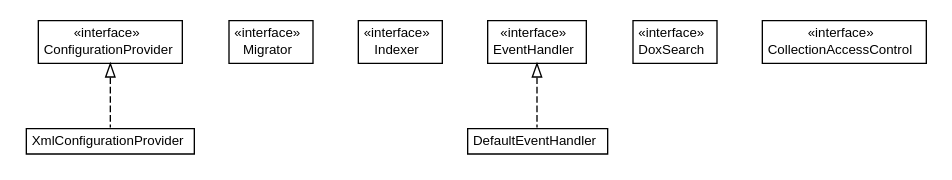
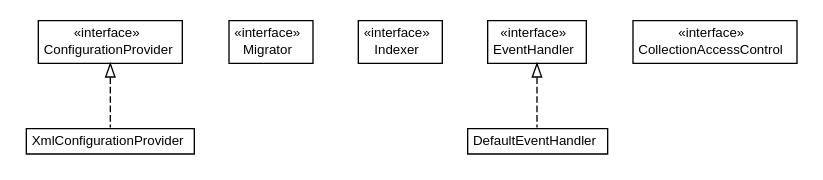
Before and after one commit to trajano/doxdb: the diagram in doxdb-core/apidocs/net/trajano/doxdb/ext/net.trajano.doxdb.ext.dot, drawn with Graphviz. The commit also changed 146 other files, not shown here.

```diff
--- a/doxdb-core/apidocs/net/trajano/doxdb/ext/net.trajano.doxdb.ext.dot
+++ b/doxdb-core/apidocs/net/trajano/doxdb/ext/net.trajano.doxdb.ext.dot
@@ -1,70 +1,63 @@
 #!/usr/local/bin/dot
 #
 # Class diagram 
 # Generated by UMLGraph version R5_6-24-gf6e263 (http://www.umlgraph.org/)
 #
 
 digraph G {
 	edge [fontname="arial",fontsize=10,labelfontname="arial",labelfontsize=10];
 	node [fontname="arial",fontsize=10,shape=plaintext];
 	nodesep=0.25;
 	ranksep=0.5;
 	// net.trajano.doxdb.ext.XmlConfigurationProvider
-	c26 [label=<<table title="net.trajano.doxdb.ext.XmlConfigurationProvider" border="0" cellborder="1" cellspacing="0" cellpadding="2" port="p" href="./XmlConfigurationProvider.html">
+	c25 [label=<<table title="net.trajano.doxdb.ext.XmlConfigurationProvider" border="0" cellborder="1" cellspacing="0" cellpadding="2" port="p" href="./XmlConfigurationProvider.html">
 		<tr><td><table border="0" cellspacing="0" cellpadding="1">
 <tr><td align="center" balign="center"> XmlConfigurationProvider </td></tr>
 		</table></td></tr>
 		</table>>, URL="./XmlConfigurationProvider.html", fontname="arial", fontcolor="black", fontsize=10.0];
 	// net.trajano.doxdb.ext.Migrator
-	c27 [label=<<table title="net.trajano.doxdb.ext.Migrator" border="0" cellborder="1" cellspacing="0" cellpadding="2" port="p" href="./Migrator.html">
+	c26 [label=<<table title="net.trajano.doxdb.ext.Migrator" border="0" cellborder="1" cellspacing="0" cellpadding="2" port="p" href="./Migrator.html">
 		<tr><td><table border="0" cellspacing="0" cellpadding="1">
 <tr><td align="center" balign="center"> &#171;interface&#187; </td></tr>
 <tr><td align="center" balign="center"> Migrator </td></tr>
 		</table></td></tr>
 		</table>>, URL="./Migrator.html", fontname="arial", fontcolor="black", fontsize=10.0];
 	// net.trajano.doxdb.ext.Indexer
-	c28 [label=<<table title="net.trajano.doxdb.ext.Indexer" border="0" cellborder="1" cellspacing="0" cellpadding="2" port="p" href="./Indexer.html">
+	c27 [label=<<table title="net.trajano.doxdb.ext.Indexer" border="0" cellborder="1" cellspacing="0" cellpadding="2" port="p" href="./Indexer.html">
 		<tr><td><table border="0" cellspacing="0" cellpadding="1">
 <tr><td align="center" balign="center"> &#171;interface&#187; </td></tr>
 <tr><td align="center" balign="center"> Indexer </td></tr>
 		</table></td></tr>
 		</table>>, URL="./Indexer.html", fontname="arial", fontcolor="black", fontsize=10.0];
 	// net.trajano.doxdb.ext.EventHandler
-	c29 [label=<<table title="net.trajano.doxdb.ext.EventHandler" border="0" cellborder="1" cellspacing="0" cellpadding="2" port="p" href="./EventHandler.html">
+	c28 [label=<<table title="net.trajano.doxdb.ext.EventHandler" border="0" cellborder="1" cellspacing="0" cellpadding="2" port="p" href="./EventHandler.html">
 		<tr><td><table border="0" cellspacing="0" cellpadding="1">
 <tr><td align="center" balign="center"> &#171;interface&#187; </td></tr>
 <tr><td align="center" balign="center"> EventHandler </td></tr>
 		</table></td></tr>
 		</table>>, URL="./EventHandler.html", fontname="arial", fontcolor="black", fontsize=10.0];
-	// net.trajano.doxdb.ext.DoxSearch
-	c30 [label=<<table title="net.trajano.doxdb.ext.DoxSearch" border="0" cellborder="1" cellspacing="0" cellpadding="2" port="p" href="./DoxSearch.html">
-		<tr><td><table border="0" cellspacing="0" cellpadding="1">
-<tr><td align="center" balign="center"> &#171;interface&#187; </td></tr>
-<tr><td align="center" balign="center"> DoxSearch </td></tr>
-		</table></td></tr>
-		</table>>, URL="./DoxSearch.html", fontname="arial", fontcolor="black", fontsize=10.0];
 	// net.trajano.doxdb.ext.DefaultEventHandler
-	c31 [label=<<table title="net.trajano.doxdb.ext.DefaultEventHandler" border="0" cellborder="1" cellspacing="0" cellpadding="2" port="p" href="./DefaultEventHandler.html">
+	c29 [label=<<table title="net.trajano.doxdb.ext.DefaultEventHandler" border="0" cellborder="1" cellspacing="0" cellpadding="2" port="p" href="./DefaultEventHandler.html">
 		<tr><td><table border="0" cellspacing="0" cellpadding="1">
 <tr><td align="center" balign="center"> DefaultEventHandler </td></tr>
 		</table></td></tr>
 		</table>>, URL="./DefaultEventHandler.html", fontname="arial", fontcolor="black", fontsize=10.0];
 	// net.trajano.doxdb.ext.ConfigurationProvider
-	c32 [label=<<table title="net.trajano.doxdb.ext.ConfigurationProvider" border="0" cellborder="1" cellspacing="0" cellpadding="2" port="p" href="./ConfigurationProvider.html">
+	c30 [label=<<table title="net.trajano.doxdb.ext.ConfigurationProvider" border="0" cellborder="1" cellspacing="0" cellpadding="2" port="p" href="./ConfigurationProvider.html">
 		<tr><td><table border="0" cellspacing="0" cellpadding="1">
 <tr><td align="center" balign="center"> &#171;interface&#187; </td></tr>
 <tr><td align="center" balign="center"> ConfigurationProvider </td></tr>
 		</table></td></tr>
 		</table>>, URL="./ConfigurationProvider.html", fontname="arial", fontcolor="black", fontsize=10.0];
 	// net.trajano.doxdb.ext.CollectionAccessControl
-	c33 [label=<<table title="net.trajano.doxdb.ext.CollectionAccessControl" border="0" cellborder="1" cellspacing="0" cellpadding="2" port="p" href="./CollectionAccessControl.html">
+	c31 [label=<<table title="net.trajano.doxdb.ext.CollectionAccessControl" border="0" cellborder="1" cellspacing="0" cellpadding="2" port="p" href="./CollectionAccessControl.html">
 		<tr><td><table border="0" cellspacing="0" cellpadding="1">
 <tr><td align="center" balign="center"> &#171;interface&#187; </td></tr>
 <tr><td align="center" balign="center"> CollectionAccessControl </td></tr>
 		</table></td></tr>
 		</table>>, URL="./CollectionAccessControl.html", fontname="arial", fontcolor="black", fontsize=10.0];
 	//net.trajano.doxdb.ext.XmlConfigurationProvider implements net.trajano.doxdb.ext.ConfigurationProvider
-	c32:p -> c26:p [dir=back,arrowtail=empty,style=dashed];
+	c30:p -> c25:p [dir=back,arrowtail=empty,style=dashed];
 	//net.trajano.doxdb.ext.DefaultEventHandler implements net.trajano.doxdb.ext.EventHandler
-	c29:p -> c31:p [dir=back,arrowtail=empty,style=dashed];
+	c28:p -> c29:p [dir=back,arrowtail=empty,style=dashed];
 }
```
